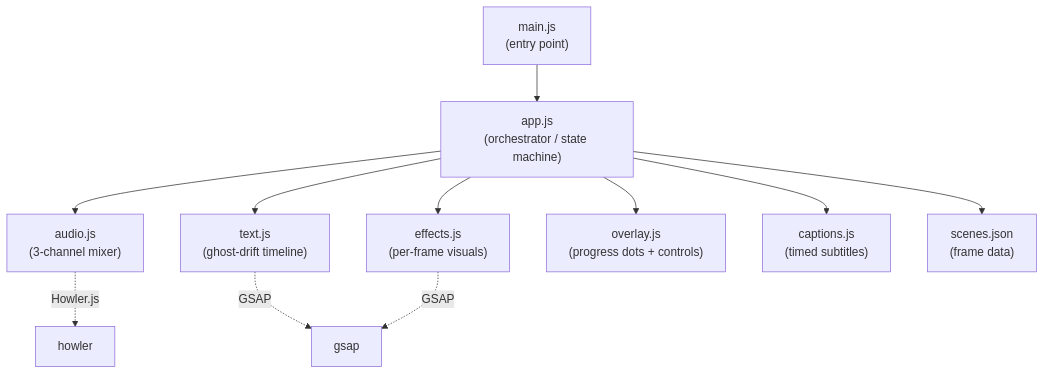
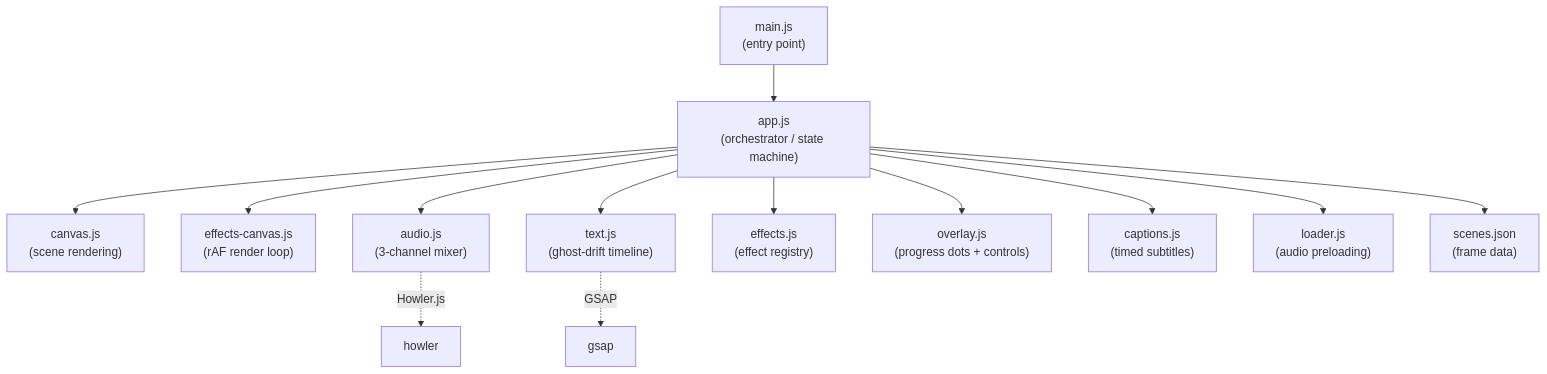
One commit to anchildress1/carbon-trace changed the first of 4 diagrams in docs/architecture.md. Above: the diagram before and after it, drawn with Mermaid. The commit also changed other lines of this file and 43 other files, not shown here.

First line of the commit message:
feat: canvas effects (#8)

````diff
--- a/docs/architecture.md
+++ b/docs/architecture.md
@@ -5,14 +5,16 @@
 ```mermaid
 graph TD
     main["main.js<br/>(entry point)"] --> app["app.js<br/>(orchestrator / state machine)"]
+    app --> canvas["canvas.js<br/>(scene rendering)"]
+    app --> effectsCanvas["effects-canvas.js<br/>(rAF render loop)"]
     app --> audio["audio.js<br/>(3-channel mixer)"]
     app --> text["text.js<br/>(ghost-drift timeline)"]
-    app --> effects["effects.js<br/>(per-frame visuals)"]
+    app --> effects["effects.js<br/>(effect registry)"]
     app --> overlay["overlay.js<br/>(progress dots + controls)"]
     app --> captions["captions.js<br/>(timed subtitles)"]
+    app --> loader["loader.js<br/>(audio preloading)"]
     app --> scenes["scenes.json<br/>(frame data)"]
 
     audio -.->|Howler.js| howler["howler"]
     text -.->|GSAP| gsap["gsap"]
-    effects -.->|GSAP| gsap
 ```
````
